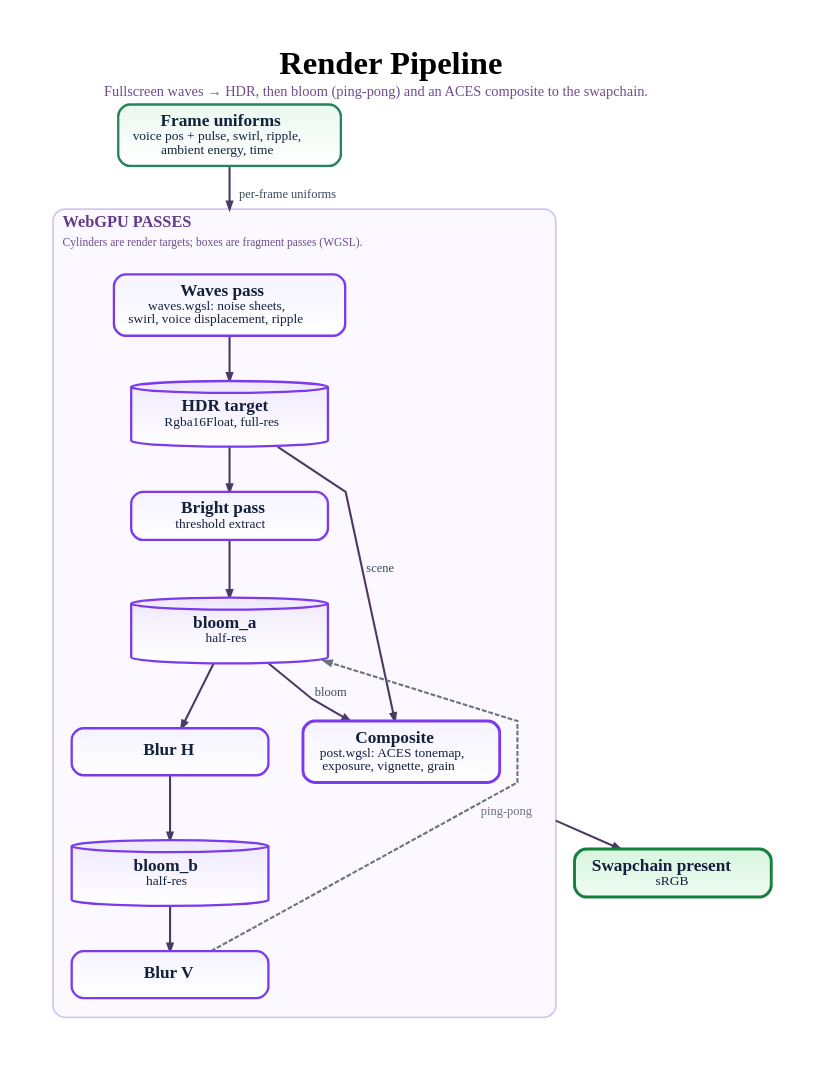
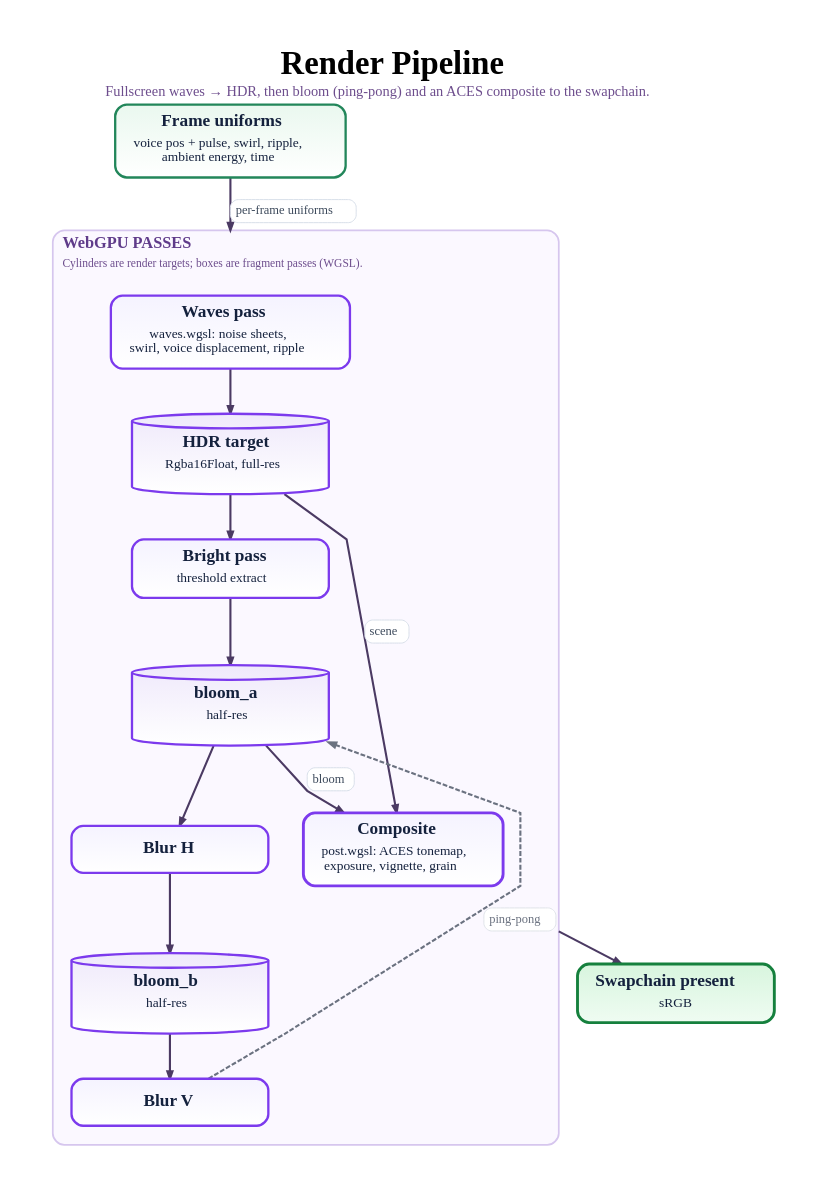
One commit to tre-systems/geno-1 changed the diagram in docs/diagrams/render-pipeline.dot. Above: the diagram before and after it, drawn with Graphviz. The commit also changed 7 other files, not shown here.

First line of the commit message:
Tidy graphviz diagrams

```diff
--- a/docs/diagrams/render-pipeline.dot
+++ b/docs/diagrams/render-pipeline.dot
@@ -1,88 +1,88 @@
 digraph RenderPipeline {
   graph [
     rankdir=TB,
     bgcolor="#ffffff",
     pad="0.55",
     nodesep="0.5",
     ranksep="0.62",
     splines=polyline,
     outputorder=edgesfirst,
     compound=true,
     newrank=true,
     forcelabels=true,
     fontname="Avenir",
     label=<
       <TABLE BORDER="0" CELLBORDER="0" CELLSPACING="0" CELLPADDING="0">
         <TR><TD><FONT POINT-SIZE="34"><B>Render Pipeline</B></FONT></TD></TR>
         <TR><TD><FONT POINT-SIZE="15" COLOR="#6d4d8d">Fullscreen waves → HDR, then bloom (ping-pong) and an ACES composite to the swapchain.</FONT></TD></TR>
       </TABLE>
     >,
     labelloc=t,
     labeljust=c
   ];
 
   node [
     shape=box,
     style="rounded,filled",
     margin="0.21,0.13",
     width=2.85,
     height=0.68,
     fixedsize=false,
     fontname="Avenir",
     fontsize=18,
     penwidth=2.4,
     fontcolor="#14213d",
     color="#7c3aed",
     fillcolor="#f5f3ff:#ffffff",
     gradientangle=270
   ];
 
   edge [
     color="#4b3a63",
     fontname="Avenir",
     fontsize=13,
     fontcolor="#3d4a5c",
     penwidth=2.2,
     arrowsize=0.78
   ];
 
   // ---- Per-frame inputs (from the frame loop) ----
-  IN [label=<<B>Frame uniforms</B><BR/><FONT POINT-SIZE="14">voice pos + pulse, swirl, ripple,<BR/>ambient energy, time</FONT>>, fillcolor="#eaf8ef:#ffffff", color="#22865a"];
+  IN [label=<<TABLE BORDER="0" CELLBORDER="0" CELLSPACING="0" CELLPADDING="0"><TR><TD><B>Frame uniforms</B></TD></TR><TR><TD CELLPADDING="4"><FONT POINT-SIZE="14">voice pos + pulse, swirl, ripple,<BR/>ambient energy, time</FONT></TD></TR></TABLE>>, fillcolor="#eaf8ef:#ffffff", color="#22865a"];
 
   // ---- GPU passes ----
   subgraph cluster_passes {
     graph [
       label=<
         <TABLE BORDER="0" CELLBORDER="0" CELLSPACING="0" CELLPADDING="2">
           <TR><TD ALIGN="LEFT"><FONT POINT-SIZE="17" COLOR="#5f3b8a"><B>WebGPU PASSES</B></FONT></TD></TR>
           <TR><TD ALIGN="LEFT"><FONT POINT-SIZE="12" COLOR="#6d4d8d">Cylinders are render targets; boxes are fragment passes (WGSL).</FONT></TD></TR>
         </TABLE>
       >,
       labelloc=t, labeljust=l, color="#d6c6ee", fillcolor="#fbf8ff",
       style="rounded,filled", penwidth=1.8, margin=20
     ];
 
-    WAVES [label=<<B>Waves pass</B><BR/><FONT POINT-SIZE="14">waves.wgsl: noise sheets,<BR/>swirl, voice displacement, ripple</FONT>>];
-    HDR   [label=<<B>HDR target</B><BR/><FONT POINT-SIZE="14">Rgba16Float, full-res</FONT>>, shape=cylinder, height=0.95, fillcolor="#efe9fb:#ffffff"];
-    BRIGHT[label=<<B>Bright pass</B><BR/><FONT POINT-SIZE="14">threshold extract</FONT>>];
-    BLA   [label=<<B>bloom_a</B><BR/><FONT POINT-SIZE="14">half-res</FONT>>, shape=cylinder, height=0.85, fillcolor="#efe9fb:#ffffff"];
+    WAVES [label=<<TABLE BORDER="0" CELLBORDER="0" CELLSPACING="0" CELLPADDING="0"><TR><TD><B>Waves pass</B></TD></TR><TR><TD CELLPADDING="4"><FONT POINT-SIZE="14">waves.wgsl: noise sheets,<BR/>swirl, voice displacement, ripple</FONT></TD></TR></TABLE>>];
+    HDR   [label=<<TABLE BORDER="0" CELLBORDER="0" CELLSPACING="0" CELLPADDING="0"><TR><TD><B>HDR target</B></TD></TR><TR><TD CELLPADDING="4"><FONT POINT-SIZE="14">Rgba16Float, full-res</FONT></TD></TR></TABLE>>, shape=cylinder, height=0.95, fillcolor="#efe9fb:#ffffff"];
+    BRIGHT[label=<<TABLE BORDER="0" CELLBORDER="0" CELLSPACING="0" CELLPADDING="0"><TR><TD><B>Bright pass</B></TD></TR><TR><TD CELLPADDING="4"><FONT POINT-SIZE="14">threshold extract</FONT></TD></TR></TABLE>>];
+    BLA   [label=<<TABLE BORDER="0" CELLBORDER="0" CELLSPACING="0" CELLPADDING="0"><TR><TD><B>bloom_a</B></TD></TR><TR><TD CELLPADDING="4"><FONT POINT-SIZE="14">half-res</FONT></TD></TR></TABLE>>, shape=cylinder, height=0.85, fillcolor="#efe9fb:#ffffff"];
     BLURH [label=<<B>Blur H</B>>];
-    BLB   [label=<<B>bloom_b</B><BR/><FONT POINT-SIZE="14">half-res</FONT>>, shape=cylinder, height=0.85, fillcolor="#efe9fb:#ffffff"];
+    BLB   [label=<<TABLE BORDER="0" CELLBORDER="0" CELLSPACING="0" CELLPADDING="0"><TR><TD><B>bloom_b</B></TD></TR><TR><TD CELLPADDING="4"><FONT POINT-SIZE="14">half-res</FONT></TD></TR></TABLE>>, shape=cylinder, height=0.85, fillcolor="#efe9fb:#ffffff"];
     BLURV [label=<<B>Blur V</B>>];
-    COMP  [label=<<B>Composite</B><BR/><FONT POINT-SIZE="14">post.wgsl: ACES tonemap,<BR/>exposure, vignette, grain</FONT>>, penwidth=3.0];
+    COMP  [label=<<TABLE BORDER="0" CELLBORDER="0" CELLSPACING="0" CELLPADDING="0"><TR><TD><B>Composite</B></TD></TR><TR><TD CELLPADDING="4"><FONT POINT-SIZE="14">post.wgsl: ACES tonemap,<BR/>exposure, vignette, grain</FONT></TD></TR></TABLE>>, penwidth=3.0];
 
     WAVES -> HDR;
     HDR -> BRIGHT;
     BRIGHT -> BLA;
     BLA -> BLURH -> BLB -> BLURV;
-    BLURV -> BLA [label="ping-pong", style=dashed, color="#6b7280", fontcolor="#6b7280", constraint=false];
-    HDR -> COMP [label="scene", constraint=false];
-    BLA -> COMP [label="bloom"];
+    BLURV -> BLA [label=<<TABLE BORDER="1" CELLBORDER="0" STYLE="ROUNDED" COLOR="#dfe3e9" BGCOLOR="#ffffff" CELLSPACING="0" CELLPADDING="4"><TR><TD><FONT POINT-SIZE="13" COLOR="#6b7280">ping-pong</FONT></TD></TR></TABLE>>, style=dashed, color="#6b7280", fontcolor="#6b7280", constraint=false];
+    HDR -> COMP [label=<<TABLE BORDER="1" CELLBORDER="0" STYLE="ROUNDED" COLOR="#d7dee8" BGCOLOR="#ffffff" CELLSPACING="0" CELLPADDING="4"><TR><TD><FONT POINT-SIZE="13" COLOR="#3d4a5c">scene</FONT></TD></TR></TABLE>>, constraint=false];
+    BLA -> COMP [label=<<TABLE BORDER="1" CELLBORDER="0" STYLE="ROUNDED" COLOR="#d7dee8" BGCOLOR="#ffffff" CELLSPACING="0" CELLPADDING="4"><TR><TD><FONT POINT-SIZE="13" COLOR="#3d4a5c">bloom</FONT></TD></TR></TABLE>>];
   }
 
   // ---- Output ----
-  SWAP [label=<<B>Swapchain present</B><BR/><FONT POINT-SIZE="14">sRGB</FONT>>, fillcolor="#d8f5de:#effcf2", color="#15803d", penwidth=3.0];
+  SWAP [label=<<TABLE BORDER="0" CELLBORDER="0" CELLSPACING="0" CELLPADDING="0"><TR><TD><B>Swapchain present</B></TD></TR><TR><TD CELLPADDING="4"><FONT POINT-SIZE="14">sRGB</FONT></TD></TR></TABLE>>, fillcolor="#d8f5de:#effcf2", color="#15803d", penwidth=3.0];
 
-  IN -> WAVES [label="per-frame uniforms", lhead=cluster_passes];
+  IN -> WAVES [label=<<TABLE BORDER="1" CELLBORDER="0" STYLE="ROUNDED" COLOR="#d7dee8" BGCOLOR="#ffffff" CELLSPACING="0" CELLPADDING="4"><TR><TD><FONT POINT-SIZE="13" COLOR="#3d4a5c">per-frame uniforms</FONT></TD></TR></TABLE>>, lhead=cluster_passes];
   COMP -> SWAP [ltail=cluster_passes];
 }
```
